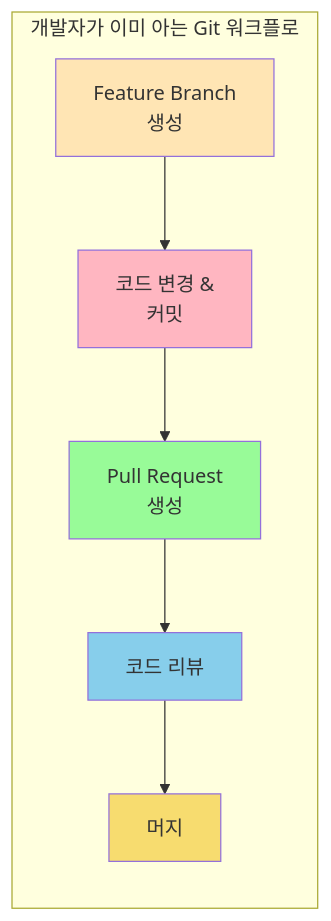
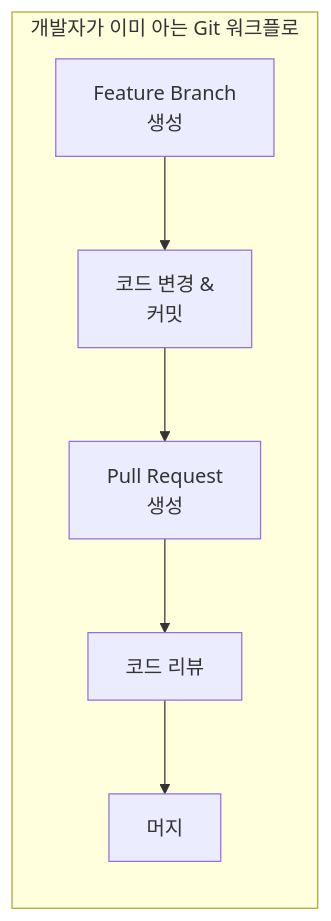
One commit to juwon8891/juwon8891.github.io changed diagram 12 of 41 in docs/cicd/week1-image-build.md. Above: the diagram before and after it, drawn with Mermaid. The commit also changed other lines of this file and 18 other files, not shown here.

Commit message:
Remove bright colors from Mermaid diagrams for dark mode compatibility

````diff
--- a/docs/cicd/week1-image-build.md
+++ b/docs/cicd/week1-image-build.md
@@ -677,21 +653,16 @@
 ```mermaid
 graph LR
     subgraph "개발자가 이미 아는 Git 워크플로"
         BRANCH[Feature Branch<br/>생성]
         COMMIT[코드 변경 &<br/>커밋]
         PR[Pull Request<br/>생성]
         REVIEW[코드 리뷰]
         MERGE[머지]
 
         BRANCH --> COMMIT
         COMMIT --> PR
         PR --> REVIEW
         REVIEW --> MERGE
 
-        style BRANCH fill:#FFE5B4
-        style COMMIT fill:#FFB6C1
-        style PR fill:#98FB98
-        style REVIEW fill:#87CEEB
-        style MERGE fill:#F7DC6F
     end
 ```
````
